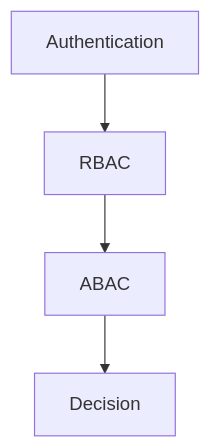
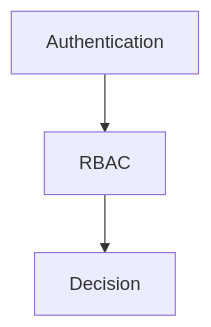
The diagram in docs/details/04_permission-design.md (Asheze1127/progress-checker), drawn with Mermaid before and after one commit. The commit also changed other lines of this file, not shown here.

````diff
--- a/docs/details/04_permission-design.md
+++ b/docs/details/04_permission-design.md
@@ -31,11 +33,9 @@
 ```mermaid
 flowchart TD
     Authentication
     RBAC
-    ABAC
     Decision
 
     Authentication --> RBAC
-    RBAC --> ABAC
-    ABAC --> Decision
+    RBAC --> Decision
 ```
````
